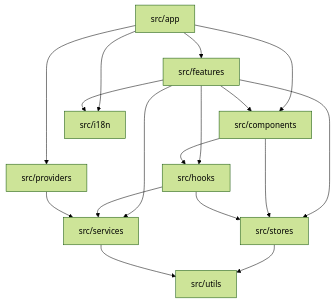
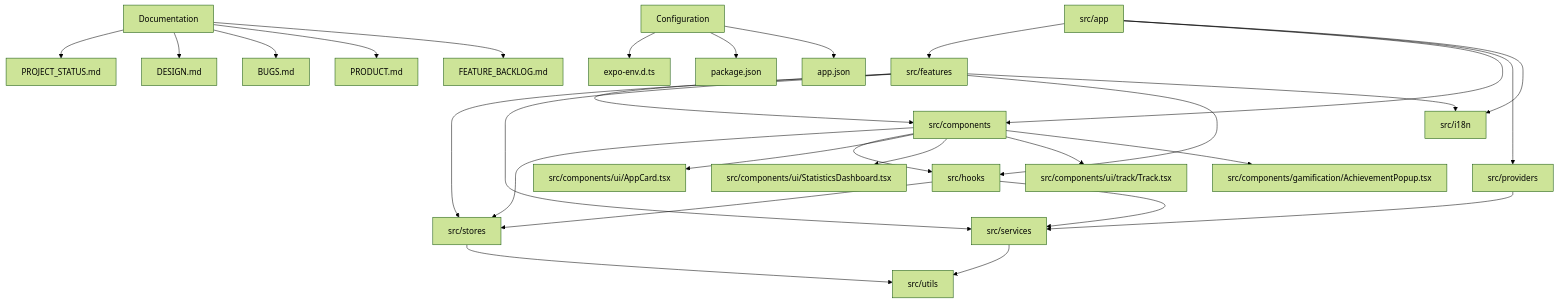
One commit to DukeEmree/hizli-okuma-APP changed the diagram in .graphify/graph.md. Above: the diagram before and after it, drawn with Mermaid (forest theme). The commit also changed other lines of this file and 92 other files, not shown here.

````diff
--- a/.graphify/graph.md
+++ b/.graphify/graph.md
@@ -3,25 +3,40 @@
 ```mermaid
 graph TD
     App[src/app] --> Features[src/features]
     App --> Components[src/components]
     App --> Providers[src/providers]
     
     Features --> Components
     Features --> Stores[src/stores]
     Features --> Services[src/services]
     Features --> Hooks[src/hooks]
     
     Components --> Stores
     Components --> Hooks
     
     Hooks --> Stores
     Hooks --> Services
     
     Providers --> Services
     
     Stores --> Utils[src/utils]
     Services --> Utils
     
     App --> I18n[src/i18n]
     Features --> I18n
+    
+    Components --> AppCard[src/components/ui/AppCard.tsx]
+    Components --> StatisticsDashboard[src/components/ui/StatisticsDashboard.tsx]
+    Components --> Track[src/components/ui/track/Track.tsx]
+    Components --> AchievementPopup[src/components/gamification/AchievementPopup.tsx]
+    
+    Docs[Documentation] --> PROJECT_STATUS[PROJECT_STATUS.md]
+    Docs --> DESIGN[DESIGN.md]
+    Docs --> BUGS[BUGS.md]
+    Docs --> PRODUCT[PRODUCT.md]
+    Docs --> FEATURE_BACKLOG[FEATURE_BACKLOG.md]
+    
+    Config[Configuration] --> ExpoEnv[expo-env.d.ts]
+    Config --> PackageJson[package.json]
+    Config --> AppJson[app.json]
 ```
````
